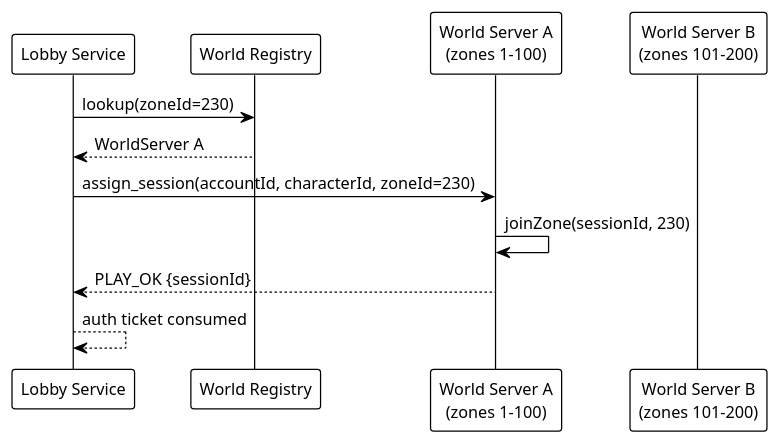
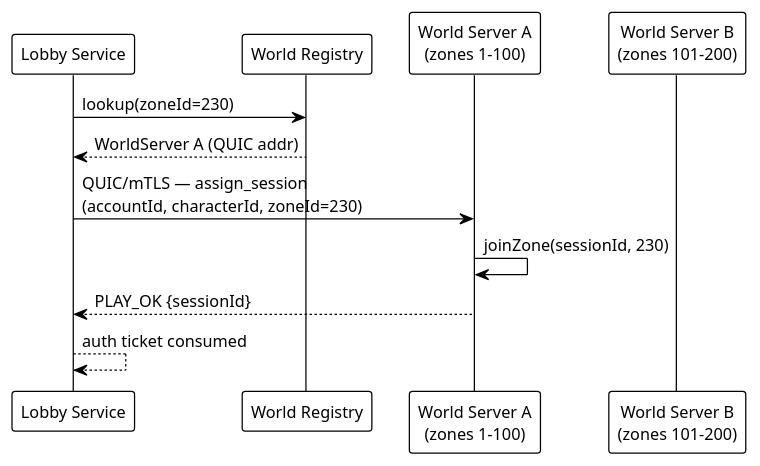
The eighth of 8 diagrams in docs/network-architecture.md (TheStackTraceWhisperer/catalyst), drawn with PlantUML before and after one commit. The commit also changed other lines of this file, not shown here.

First line of the commit message:
Update network architecture: QUIC throughout, internal trust model

````diff
--- a/docs/network-architecture.md
+++ b/docs/network-architecture.md
@@ -276,18 +361,18 @@
 ```plantuml
 @startuml zone_assign
 !theme plain
 skinparam defaultFontSize 13
 
 participant "Lobby Service" as L
 participant "World Registry" as WR
 participant "World Server A\n(zones 1-100)" as WA
 participant "World Server B\n(zones 101-200)" as WB
 
 L -> WR : lookup(zoneId=230)
-WR --> L : WorldServer A
-L -> WA : assign_session(accountId, characterId, zoneId=230)
+WR --> L : WorldServer A (QUIC addr)
+L -> WA : QUIC/mTLS — assign_session\n(accountId, characterId, zoneId=230)
 WA -> WA : joinZone(sessionId, 230)
 WA --> L : PLAY_OK {sessionId}
 L --> L : auth ticket consumed
 @enduml
 ```
````
